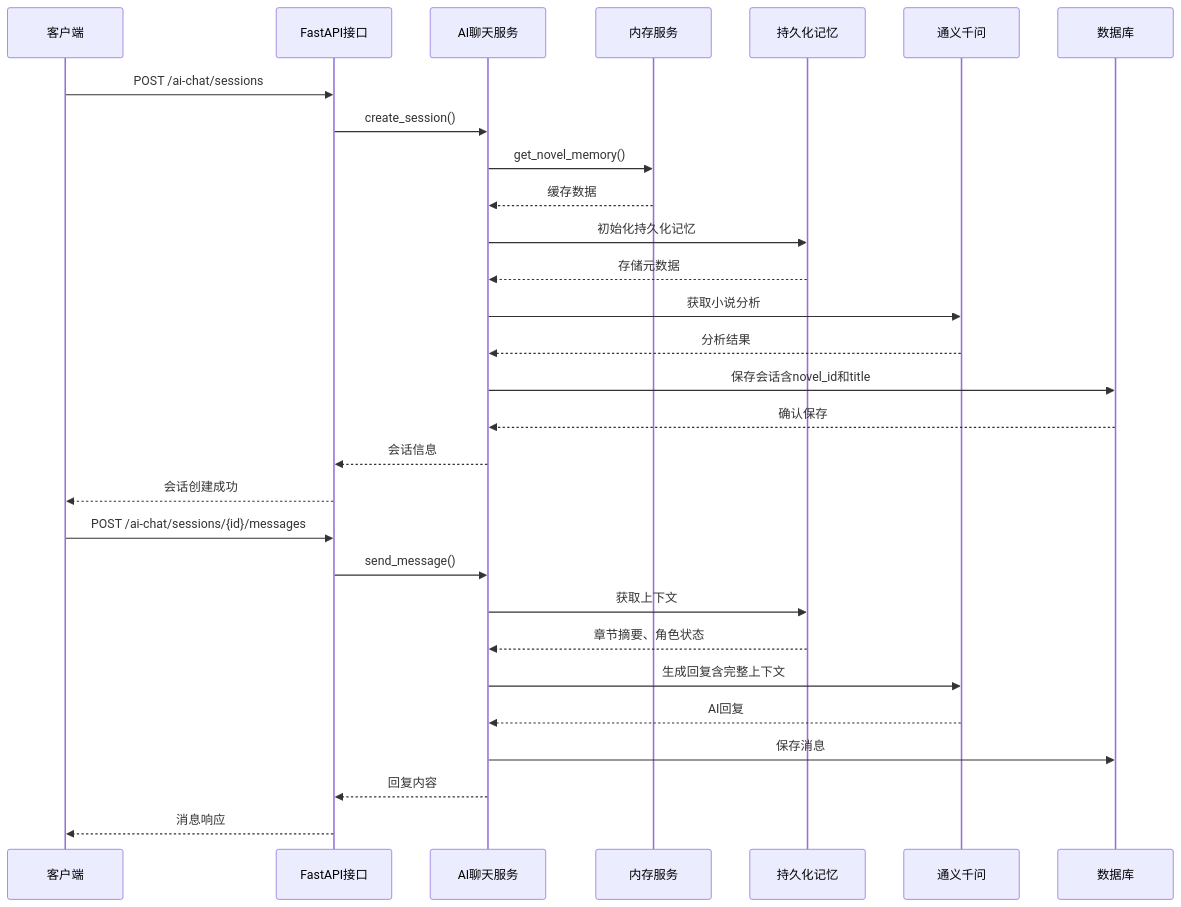
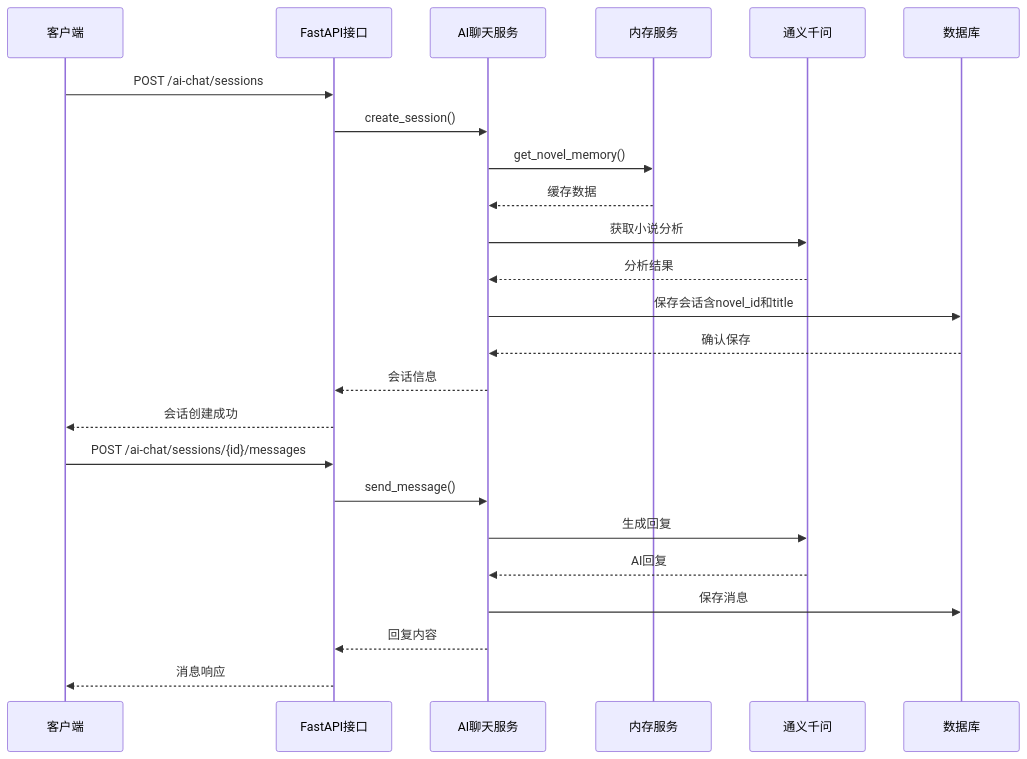
The fourth of 18 diagrams in .qoder/repowiki/zh/content/Ai Chat Service.md (xfbyxq/ai-novel-system), drawn with Mermaid before and after one commit. The commit also changed other lines of this file and 38 other files, not shown here.

````diff
--- a/.qoder/repowiki/zh/content/Ai Chat Service.md
+++ b/.qoder/repowiki/zh/content/Ai Chat Service.md
@@ -213,31 +185,26 @@
 ```mermaid
 sequenceDiagram
 participant Client as 客户端
 participant API as FastAPI接口
 participant Service as AI聊天服务
 participant Memory as 内存服务
-participant PersistentMemory as 持久化记忆
 participant LLM as 通义千问
 participant DB as 数据库
 Client->>API : POST /ai-chat/sessions
 API->>Service : create_session()
 Service->>Memory : get_novel_memory()
 Memory-->>Service : 缓存数据
-Service->>PersistentMemory : 初始化持久化记忆
-PersistentMemory-->>Service : 存储元数据
 Service->>LLM : 获取小说分析
 LLM-->>Service : 分析结果
 Service->>DB : 保存会话含novel_id和title
 DB-->>Service : 确认保存
 Service-->>API : 会话信息
 API-->>Client : 会话创建成功
 Client->>API : POST /ai-chat/sessions/{id}/messages
 API->>Service : send_message()
-Service->>PersistentMemory : 获取上下文
-PersistentMemory-->>Service : 章节摘要、角色状态
-Service->>LLM : 生成回复含完整上下文
+Service->>LLM : 生成回复
 LLM-->>Service : AI回复
 Service->>DB : 保存消息
 Service-->>API : 回复内容
 API-->>Client : 消息响应
 ```
````
